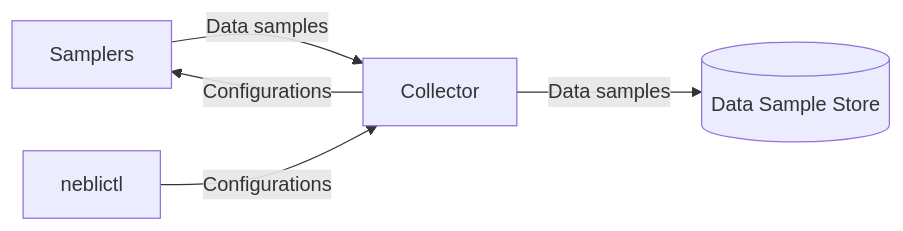
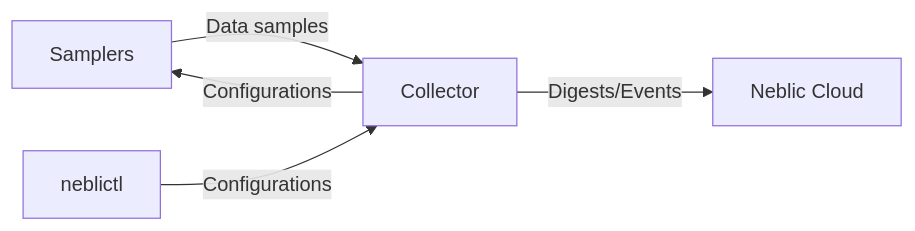
Before and after one commit to neblic/platform: the diagram in docs/content/getting-started/concepts.md, drawn with Mermaid. The commit also changed other lines of this file and 20 other files, not shown here.

````diff
--- a/docs/content/getting-started/concepts.md
+++ b/docs/content/getting-started/concepts.md
@@ -7,8 +7,7 @@
 ```mermaid
 graph LR;
     Samplers--Data samples-->col[Collector]
     col--Configurations-->Samplers
-
-    col--Data samples-->store[(Data Sample Store)]
+    col--Digests/Events-->neblic[Neblic Cloud]
     ctl[neblictl]--Configurations-->col
 ```
````
